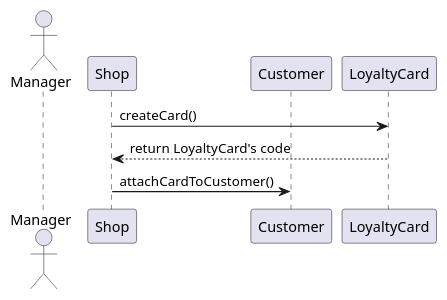
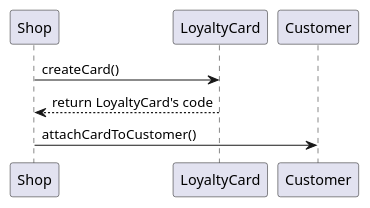
One commit to b3xul/ezshop changed diagram 12 of 17 in Deliverables/DesignDocument.md. Above: the diagram before and after it, drawn with PlantUML. The commit also changed other lines of this file, not shown here.

Commit message:
updated sequences

````diff
--- a/Deliverables/DesignDocument.md
+++ b/Deliverables/DesignDocument.md
@@ -468,14 +453,13 @@
 ```plantuml
 @startuml
 
-actor Manager
 participant Shop
+participant LoyaltyCard
 participant Customer
-participant LoyaltyCard
 
 Shop -> LoyaltyCard: createCard()
 LoyaltyCard --> Shop: return LoyaltyCard's code
 Shop -> Customer: attachCardToCustomer()
 
 @enduml
 ```
````
